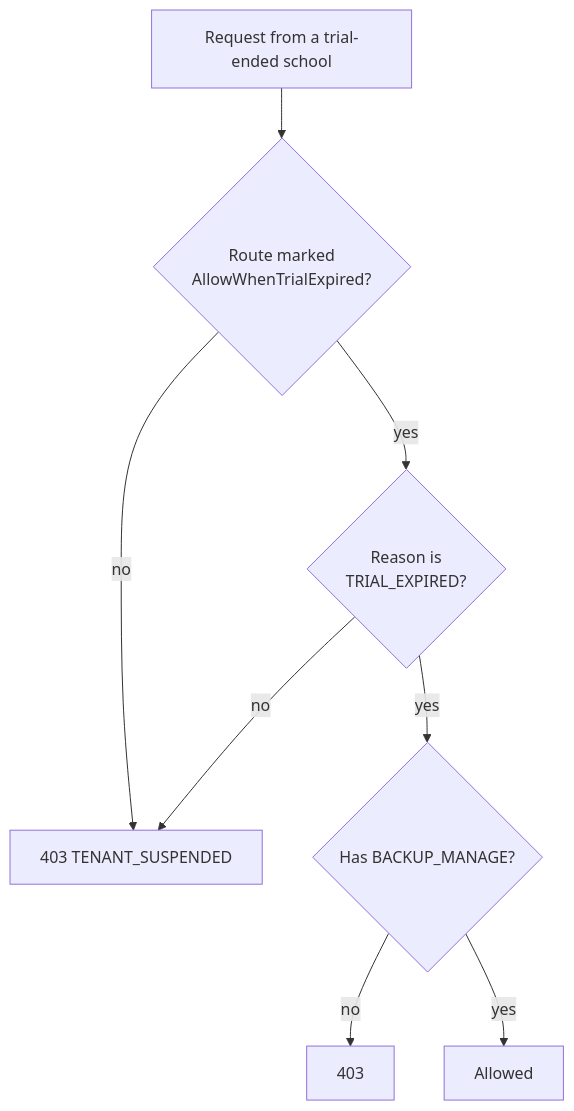
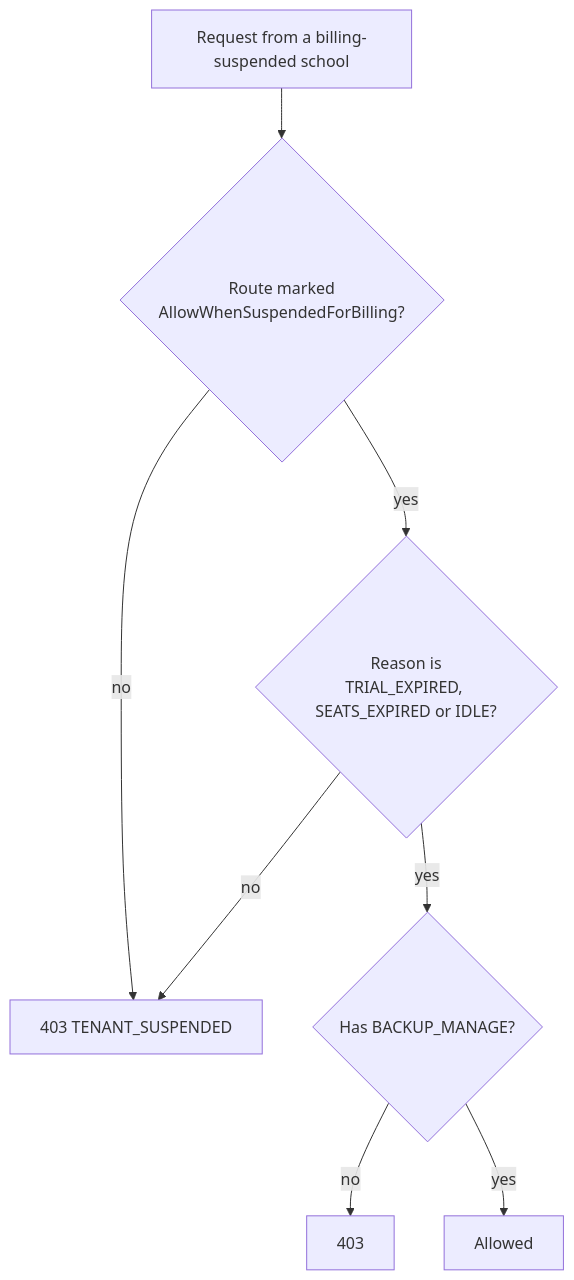
One commit to tareq89/biddaloy changed the fourth of 7 diagrams in docs/architecture/22-onboarding.md. Above: the diagram before and after it, drawn with Mermaid. The commit also changed other lines of this file and 50 other files, not shown here.

Commit message:
feat(billing): EntitlementService, orders, summary endpoints, trial retirement for 2716

````diff
--- a/docs/architecture/22-onboarding.md
+++ b/docs/architecture/22-onboarding.md
@@ -138,10 +153,10 @@
 ```mermaid
 flowchart TD
-  R[Request from a trial-ended school] --> M{Route marked<br/>AllowWhenTrialExpired?}
+  R[Request from a billing-suspended school] --> M{Route marked<br/>AllowWhenSuspendedForBilling?}
   M -- no --> X[403 TENANT_SUSPENDED]
-  M -- yes --> W{Reason is<br/>TRIAL_EXPIRED?}
+  M -- yes --> W{Reason is<br/>TRIAL_EXPIRED, SEATS_EXPIRED or IDLE?}
   W -- no --> X
   W -- yes --> P{Has BACKUP_MANAGE?}
   P -- no --> Y[403]
   P -- yes --> OK[Allowed]
 ```
````
